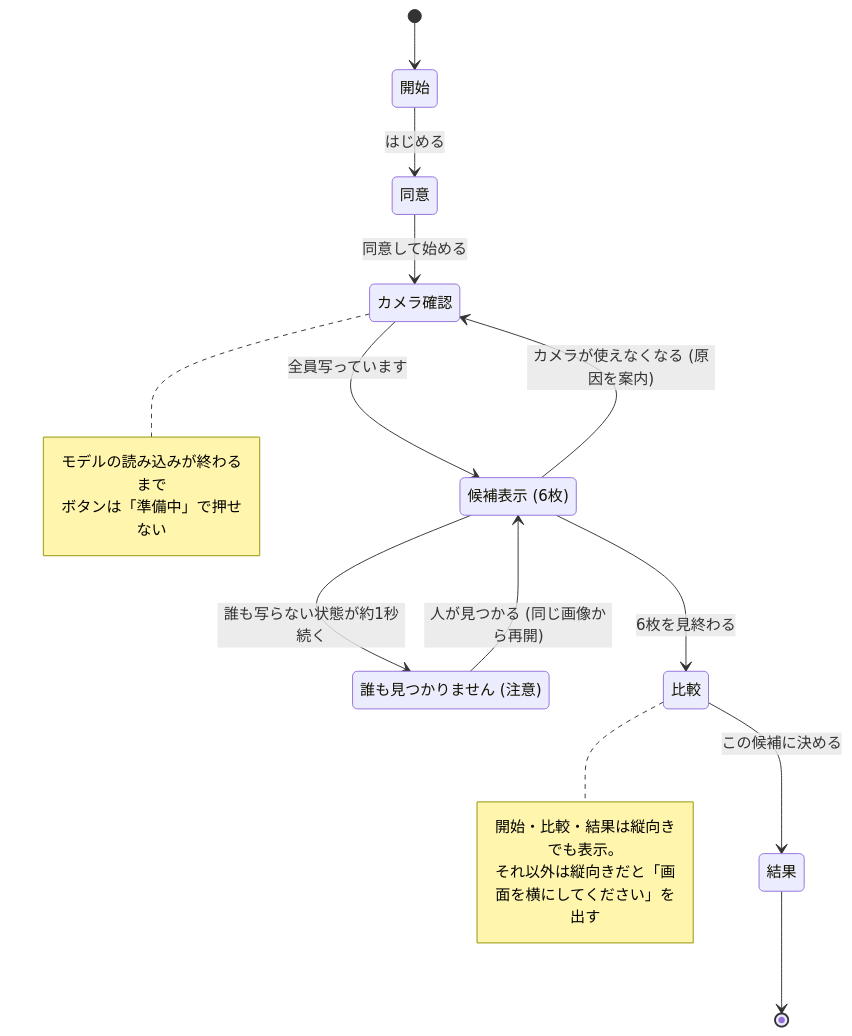
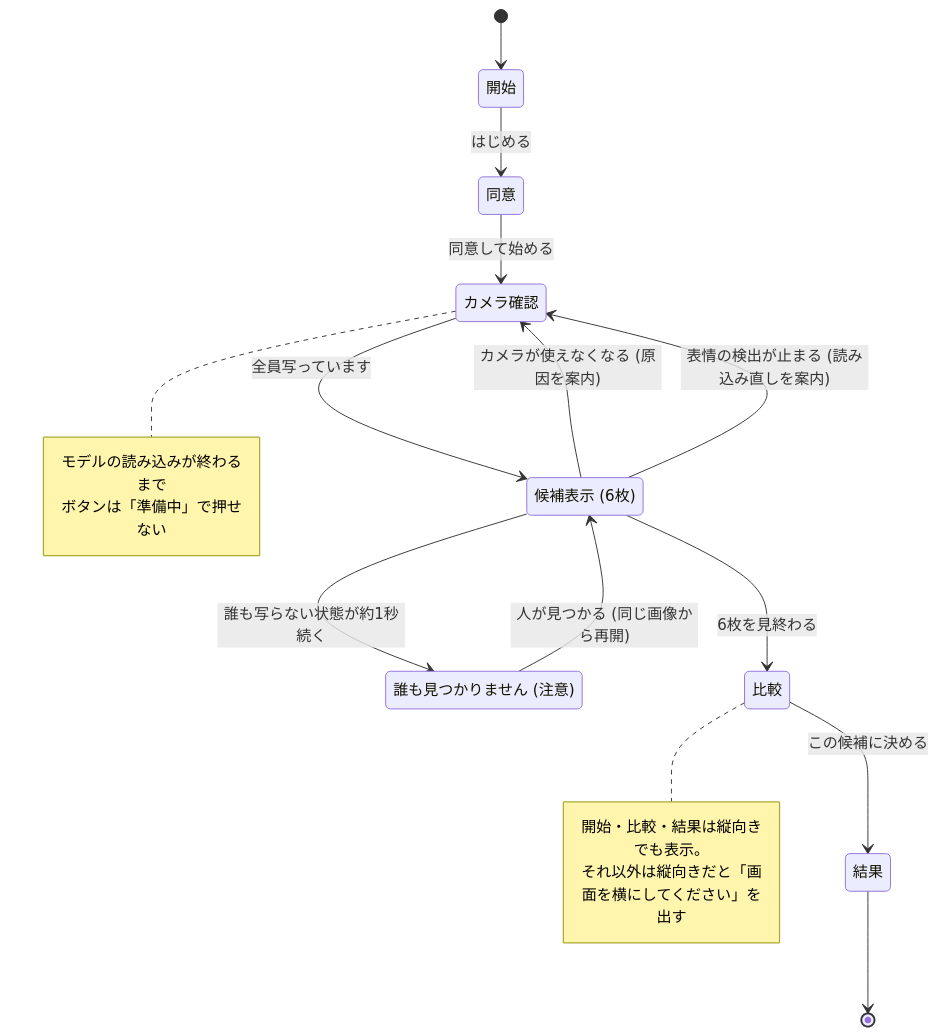
One commit to l4na-git/NexTrip changed the second of 3 diagrams in README.md. Above: the diagram before and after it, drawn with Mermaid. The commit also changed 4 other files, not shown here.

````diff
--- a/README.md
+++ b/README.md
@@ -51,30 +51,31 @@
 ```mermaid
 stateDiagram-v2
   state "開始" as Start
   state "同意" as Consent
   state "カメラ確認" as Check
   state "候補表示 (6枚)" as Candidate
   state "誰も見つかりません (注意)" as NoFace
   state "比較" as Compare
   state "結果" as Result
 
   [*] --> Start
   Start --> Consent: はじめる
   Consent --> Check: 同意して始める
   Check --> Candidate: 全員写っています
   Candidate --> Compare: 6枚を見終わる
   Candidate --> NoFace: 誰も写らない状態が約1秒続く
   NoFace --> Candidate: 人が見つかる (同じ画像から再開)
   Candidate --> Check: カメラが使えなくなる (原因を案内)
+  Candidate --> Check: 表情の検出が止まる (読み込み直しを案内)
   Compare --> Result: この候補に決める
   Result --> [*]
 
   note right of Check
     モデルの読み込みが終わるまで
     ボタンは「準備中」で押せない
   end note
   note right of Compare
     開始・比較・結果は縦向きでも表示。
     それ以外は縦向きだと「画面を横にしてください」を出す
   end note
 ```
````
